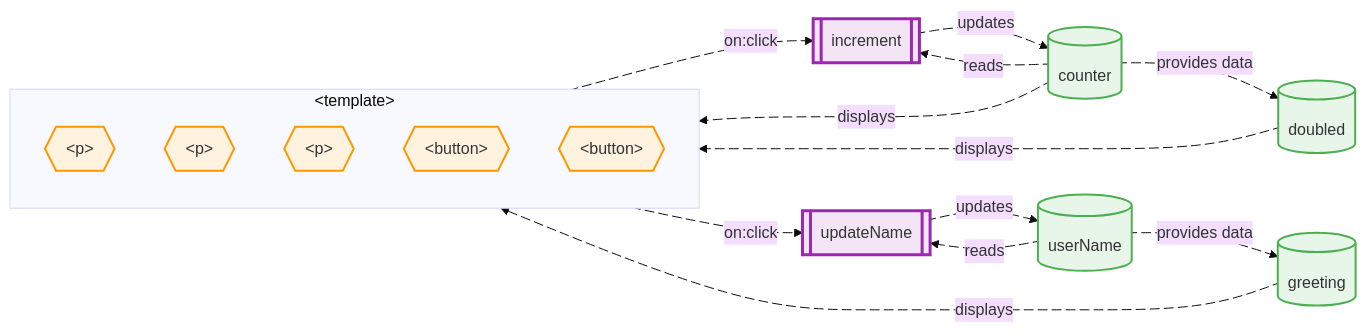
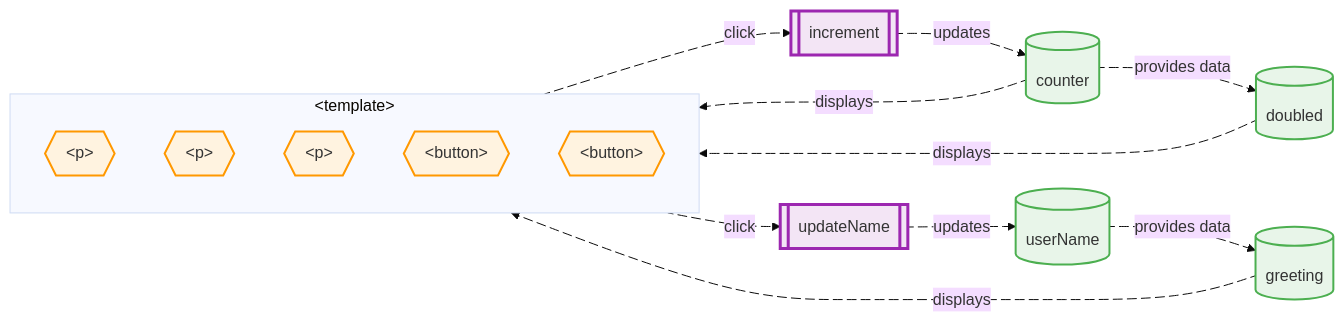
One commit to shibukawa/web-component-analyzer changed the diagram in examples/svelte-vite/src/components/006-AutoSubscription.mmd. Above: the diagram before and after it, drawn with Mermaid. The commit also changed 7 other files, not shown here.

```diff
--- a/examples/svelte-vite/src/components/006-AutoSubscription.mmd
+++ b/examples/svelte-vite/src/components/006-AutoSubscription.mmd
@@ -1,64 +1,60 @@
 %%{init: {'theme': 'base', 'themeVariables': {'fontFamily': 'Comic Sans MS, cursive'}, 'flowchart': {'curve': 'basis', 'padding': 20}}}%%
 flowchart LR
   svelte_store_0[("counter")]
   svelte_store_1[("userName")]
   svelte_computed_2[("doubled")]
   svelte_computed_3[("greeting")]
   jsx_element_4["&lt;p&gt;"]
   jsx_element_5["&lt;p&gt;"]
   jsx_element_6["&lt;p&gt;"]
   jsx_element_7["&lt;button&gt;"]
   jsx_element_8["&lt;button&gt;"]
   process_9[["increment"]]
   process_10[["updateName"]]
   subgraph subgraph_0["&lt;template&gt;"]
     direction TB
       jsx_element_4@{ shape: hex, label: "&lt;p&gt;" }
       jsx_element_5@{ shape: hex, label: "&lt;p&gt;" }
       jsx_element_6@{ shape: hex, label: "&lt;p&gt;" }
       jsx_element_7@{ shape: hex, label: "&lt;button&gt;" }
       jsx_element_8@{ shape: hex, label: "&lt;button&gt;" }
   end
   svelte_store_0 esvelte_store_0_jsx_element_4@-->|"displays"| jsx_element_4
   esvelte_store_0_jsx_element_4@{ animate: true }
   svelte_computed_2 esvelte_computed_2_jsx_element_5@-->|"displays"| jsx_element_5
   esvelte_computed_2_jsx_element_5@{ animate: true }
   svelte_computed_3 esvelte_computed_3_jsx_element_6@-->|"displays"| jsx_element_6
   esvelte_computed_3_jsx_element_6@{ animate: true }
-  jsx_element_7 ejsx_element_7_process_9@-->|"on:click"| process_9
+  jsx_element_7 ejsx_element_7_process_9@-->|"click"| process_9
   ejsx_element_7_process_9@{ animate: true }
-  svelte_store_0 esvelte_store_0_process_9@-->|"reads"| process_9
-  esvelte_store_0_process_9@{ animate: true }
-  jsx_element_8 ejsx_element_8_process_10@-->|"on:click"| process_10
-  ejsx_element_8_process_10@{ animate: true }
-  svelte_store_1 esvelte_store_1_process_10@-->|"reads"| process_10
-  esvelte_store_1_process_10@{ animate: true }
   process_9 eprocess_9_svelte_store_0@-->|"updates"| svelte_store_0
   eprocess_9_svelte_store_0@{ animate: true }
+  jsx_element_8 ejsx_element_8_process_10@-->|"click"| process_10
+  ejsx_element_8_process_10@{ animate: true }
   process_10 eprocess_10_svelte_store_1@-->|"updates"| svelte_store_1
   eprocess_10_svelte_store_1@{ animate: true }
   svelte_store_0 esvelte_store_0_svelte_computed_2@-->|"provides data"| svelte_computed_2
   esvelte_store_0_svelte_computed_2@{ animate: true }
   svelte_store_1 esvelte_store_1_svelte_computed_3@-->|"provides data"| svelte_computed_3
   esvelte_store_1_svelte_computed_3@{ animate: true }
 
   %% Styling
   classDef inputProp fill:#E3F2FD,stroke:#2196F3,stroke-width:2px
   classDef outputProp fill:#FFF3E0,stroke:#FF9800,stroke-width:2px
   classDef process fill:#F3E5F5,stroke:#9C27B0,stroke-width:3px
   classDef dataStore fill:#E8F5E9,stroke:#4CAF50,stroke-width:2px
   classDef jsxElement fill:#FFF3E0,stroke:#FF9800,stroke-width:2px
   classDef contextData fill:#E1F5FE,stroke:#0288D1,stroke-width:2px
   classDef contextFunction fill:#FFF9C4,stroke:#F57C00,stroke-width:2px
   classDef exportedHandler fill:#E8F5E9,stroke:#4CAF50,stroke-width:2px
   class svelte_store_0 dataStore
   class svelte_store_1 dataStore
   class svelte_computed_2 dataStore
   class svelte_computed_3 dataStore
   class process_9 process
   class process_10 process
   class jsx_element_4 jsxElement
   class jsx_element_5 jsxElement
   class jsx_element_6 jsxElement
   class jsx_element_7 jsxElement
   class jsx_element_8 jsxElement
```
